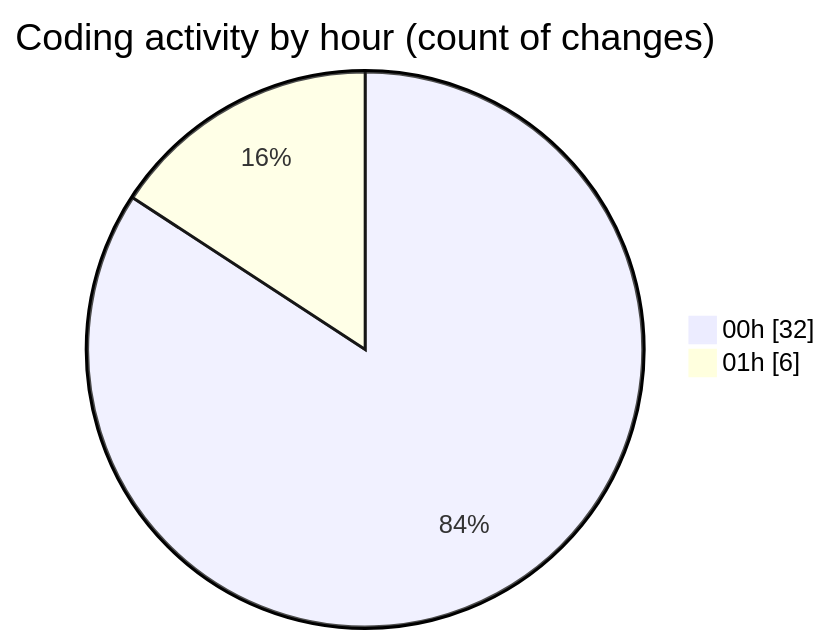
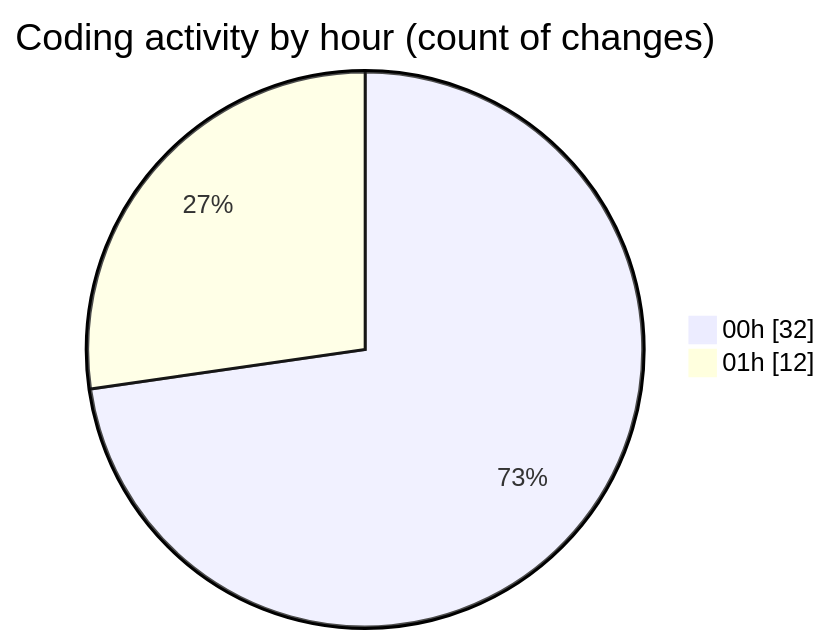
Before and after one commit to lephambinh05/code-tracking: the second of 2 diagrams in 2025-07-21/reg/README.md, drawn with Mermaid. The commit also changed other lines of this file and 1 other file, not shown here.

````diff
--- a/2025-07-21/reg/README.md
+++ b/2025-07-21/reg/README.md
@@ -42,6 +44,6 @@
 ```mermaid
 pie showData
 title Coding activity by hour (count of changes)
 "00h" : 32
-"01h" : 6
+"01h" : 12
 ```
````
